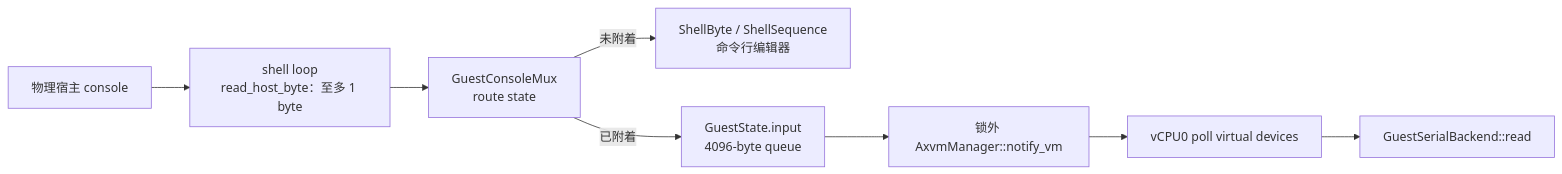
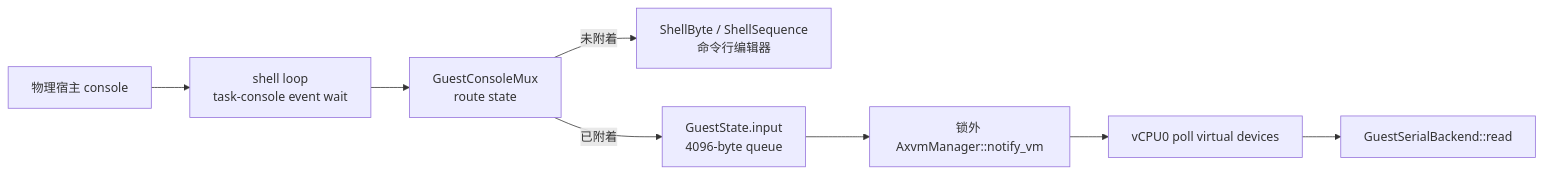
Before and after one commit to rcore-os/tgoskits: the first of 3 diagrams in docs/docs/architecture/axvisor/guest-console.md, drawn with Mermaid. The commit also changed other lines of this file and 16 other files, not shown here.

````diff
--- a/docs/docs/architecture/axvisor/guest-console.md
+++ b/docs/docs/architecture/axvisor/guest-console.md
@@ -35,16 +37,16 @@
 ```mermaid
 flowchart LR
     UART["物理宿主 console"]
-    Reader["shell loop<br/>read_host_byte：至多 1 byte"]
+    Reader["shell loop<br/>task-console event wait"]
     Route["GuestConsoleMux<br/>route state"]
     Shell["ShellByte / ShellSequence<br/>命令行编辑器"]
     Queue["GuestState.input<br/>4096-byte queue"]
     Notify["锁外 AxvmManager::notify_vm"]
     Poll["vCPU0 poll virtual devices"]
     Backend["GuestSerialBackend::read"]
 
     UART --> Reader --> Route
     Route -->|未附着| Shell
     Route -->|已附着| Queue
     Queue --> Notify --> Poll --> Backend
 ```
````
